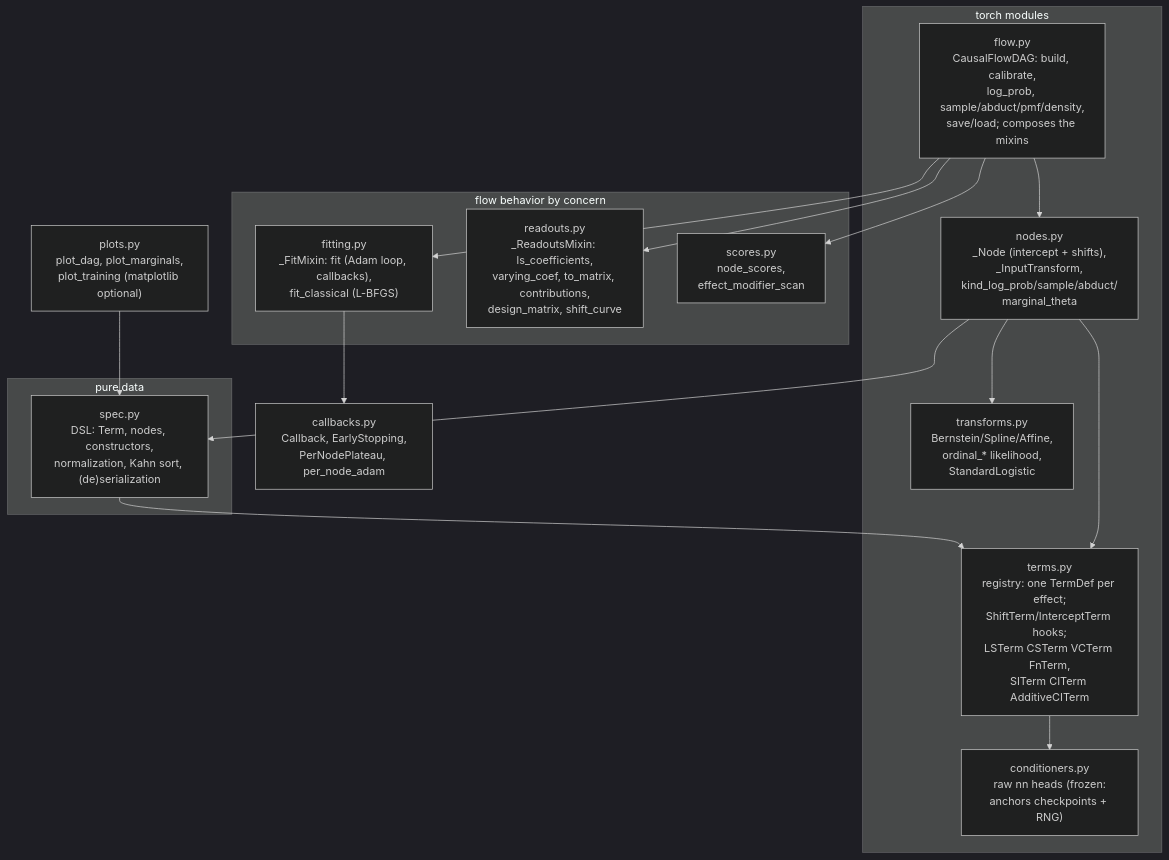
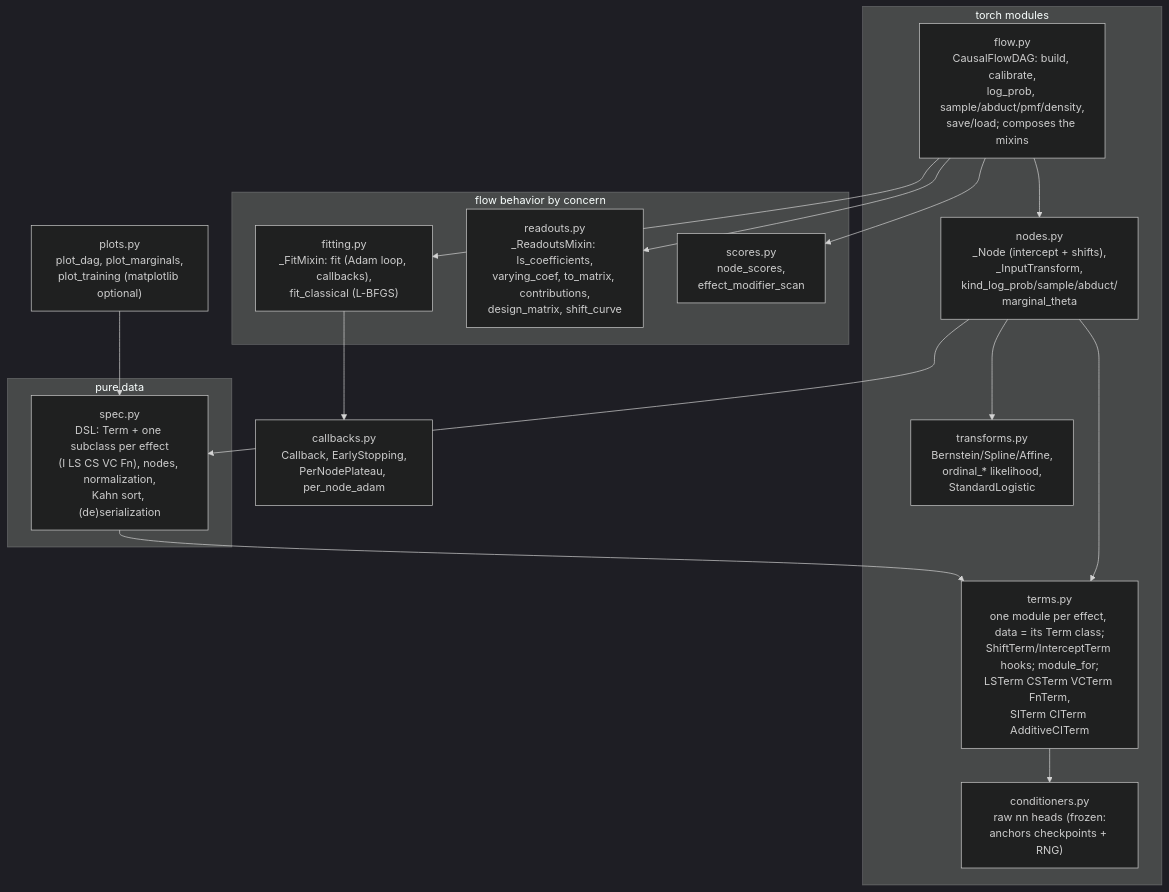
One commit to tensorchiefs/tramdag changed the first of 6 diagrams in docs/architecture.md. Above: the diagram before and after it, drawn with Mermaid (dark theme). The commit also changed other lines of this file and 13 other files, not shown here.

First line of the commit message:
refactor(spec)!: an effect is a Term subclass; the registry is gone

````diff
--- a/docs/architecture.md
+++ b/docs/architecture.md
@@ -10,32 +10,32 @@
 ```mermaid
 graph TD
     subgraph data["pure data"]
-        spec["spec.py<br/>DSL: Term, nodes, constructors,<br/>normalization, Kahn sort, (de)serialization"]
+        spec["spec.py<br/>DSL: Term + one subclass per effect<br/>(I LS CS VC Fn), nodes, normalization,<br/>Kahn sort, (de)serialization"]
     end
     subgraph torch["torch modules"]
-        terms["terms.py<br/>registry: one TermDef per effect;<br/>ShiftTerm/InterceptTerm hooks;<br/>LSTerm CSTerm VCTerm FnTerm,<br/>SITerm CITerm AdditiveCITerm"]
+        terms["terms.py<br/>one module per effect, data = its Term class;<br/>ShiftTerm/InterceptTerm hooks; module_for;<br/>LSTerm CSTerm VCTerm FnTerm,<br/>SITerm CITerm AdditiveCITerm"]
         conditioners["conditioners.py<br/>raw nn heads (frozen:<br/>anchors checkpoints + RNG)"]
         transforms["transforms.py<br/>Bernstein/Spline/Affine,<br/>ordinal_* likelihood,<br/>StandardLogistic"]
         nodes["nodes.py<br/>_Node (intercept + shifts),<br/>_InputTransform,<br/>kind_log_prob/sample/abduct/<br/>marginal_theta"]
         flow["flow.py<br/>CausalFlowDAG: build, calibrate,<br/>log_prob, sample/abduct/pmf/density,<br/>save/load; composes the mixins"]
     end
     subgraph functions["flow behavior by concern"]
         fitting["fitting.py<br/>_FitMixin: fit (Adam loop, callbacks),<br/>fit_classical (L-BFGS)"]
         readouts["readouts.py<br/>_ReadoutsMixin: ls_coefficients,<br/>varying_coef, to_matrix, contributions,<br/>design_matrix, shift_curve"]
         scores["scores.py<br/>node_scores,<br/>effect_modifier_scan"]
     end
     callbacks["callbacks.py<br/>Callback, EarlyStopping,<br/>PerNodePlateau, per_node_adam"]
     plots["plots.py<br/>plot_dag, plot_marginals,<br/>plot_training (matplotlib optional)"]
 
     spec --> terms
     plots --> spec
     terms --> conditioners
     nodes --> terms
     nodes --> spec
     nodes --> transforms
     flow --> nodes
     flow --> fitting
     flow --> readouts
     flow --> scores
     fitting --> callbacks
 ```
````
